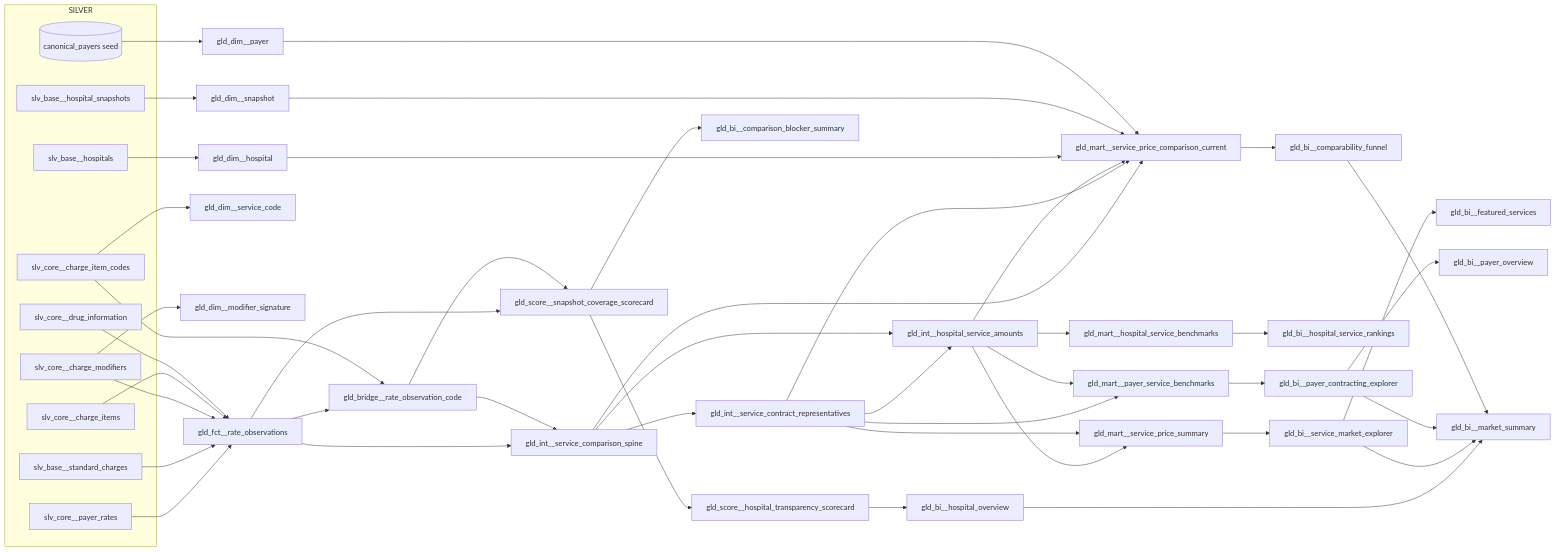
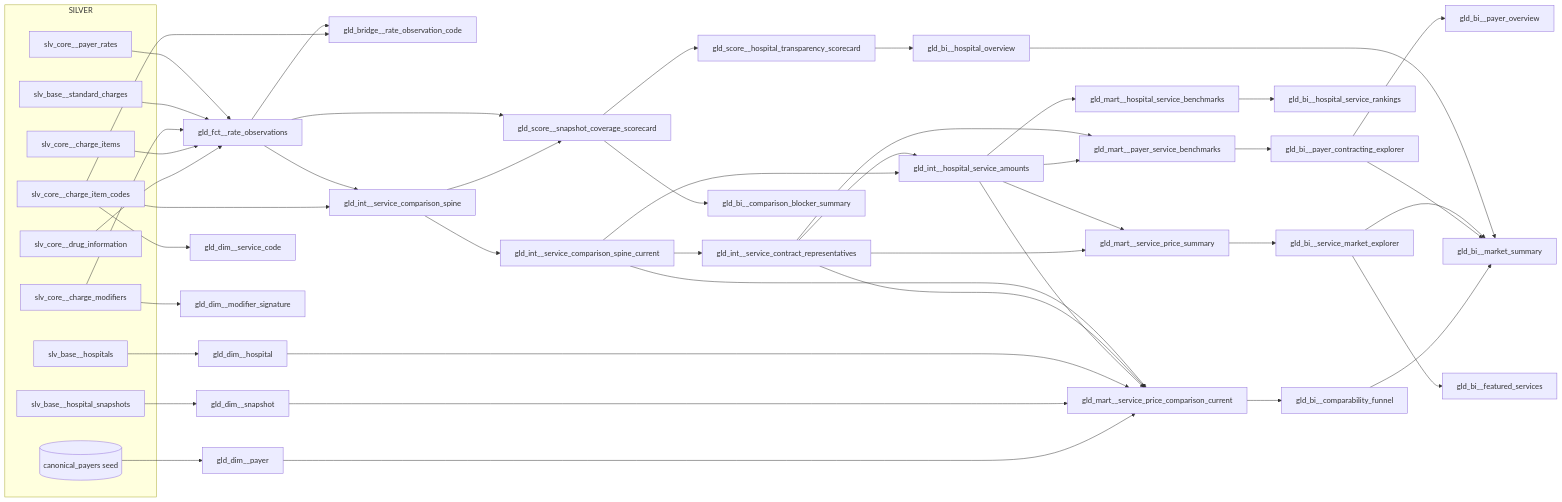
Before and after one commit to jakegussler/hospital-price-transparency-analytics: the diagram in docs/architecture/gold-schema.md, drawn with Mermaid. The commit also changed other lines of this file and 1 other file, not shown here.

Commit message:
docs: add service comparison spine split to docs

````diff
--- a/docs/architecture/gold-schema.md
+++ b/docs/architecture/gold-schema.md
@@ -21,64 +21,65 @@
 ```mermaid
 flowchart LR
   subgraph SILVER
     PR[slv_core__payer_rates]
     SC[slv_base__standard_charges]
     CIC[slv_core__charge_item_codes]
     CI[slv_core__charge_items]
     CM[slv_core__charge_modifiers]
     DI[slv_core__drug_information]
     H[slv_base__hospitals]
     HS[slv_base__hospital_snapshots]
     CP[(canonical_payers seed)]
   end
 
   H --> DH[gld_dim__hospital]
   HS --> DS[gld_dim__snapshot]
   CP --> DP[gld_dim__payer]
   CIC --> DC[gld_dim__service_code]
   CM --> DM[gld_dim__modifier_signature]
 
   PR --> F[gld_fct__rate_observations]
   SC --> F
   CM --> F
   CI --> F
   DI --> F
 
   F --> BR[gld_bridge__rate_observation_code]
   CIC --> BR
 
   F --> SPINE[gld_int__service_comparison_spine]
-  BR --> SPINE
-  SPINE --> CR[gld_int__service_contract_representatives]
+  CIC --> SPINE
+  SPINE --> CURSPINE[gld_int__service_comparison_spine_current]
+  CURSPINE --> CR[gld_int__service_contract_representatives]
   CR --> HSA[gld_int__hospital_service_amounts]
-  SPINE --> HSA
-  SPINE --> MART[gld_mart__service_price_comparison_current]
+  CURSPINE --> HSA
+  CURSPINE --> MART[gld_mart__service_price_comparison_current]
   CR --> MART
   HSA --> MART
   DH --> MART
   DS --> MART
   DP --> MART
 
   HSA --> SUM[gld_mart__service_price_summary]
   CR --> SUM
   HSA --> HB[gld_mart__hospital_service_benchmarks]
   CR --> PB[gld_mart__payer_service_benchmarks]
   HSA --> PB
 
   F --> COV[gld_score__snapshot_coverage_scorecard]
-  BR --> COV
+  SPINE --> COV
   COV --> HSCORE[gld_score__hospital_transparency_scorecard]
 
   SUM --> BI_SERVICE[gld_bi__service_market_explorer]
   HB --> BI_HOSP_SERVICE[gld_bi__hospital_service_rankings]
   PB --> BI_PAYER[gld_bi__payer_contracting_explorer]
   HSCORE --> BI_HOSP[gld_bi__hospital_overview]
   COV --> BI_BLOCKERS[gld_bi__comparison_blocker_summary]
   BI_SERVICE --> BI_FEATURED[gld_bi__featured_services]
   MART --> BI_FUNNEL[gld_bi__comparability_funnel]
   BI_PAYER --> BI_PAYER_OVERVIEW[gld_bi__payer_overview]
   BI_HOSP --> BI_MARKET[gld_bi__market_summary]
   BI_SERVICE --> BI_MARKET
   BI_PAYER --> BI_MARKET
   BI_FUNNEL --> BI_MARKET
 ```
````
